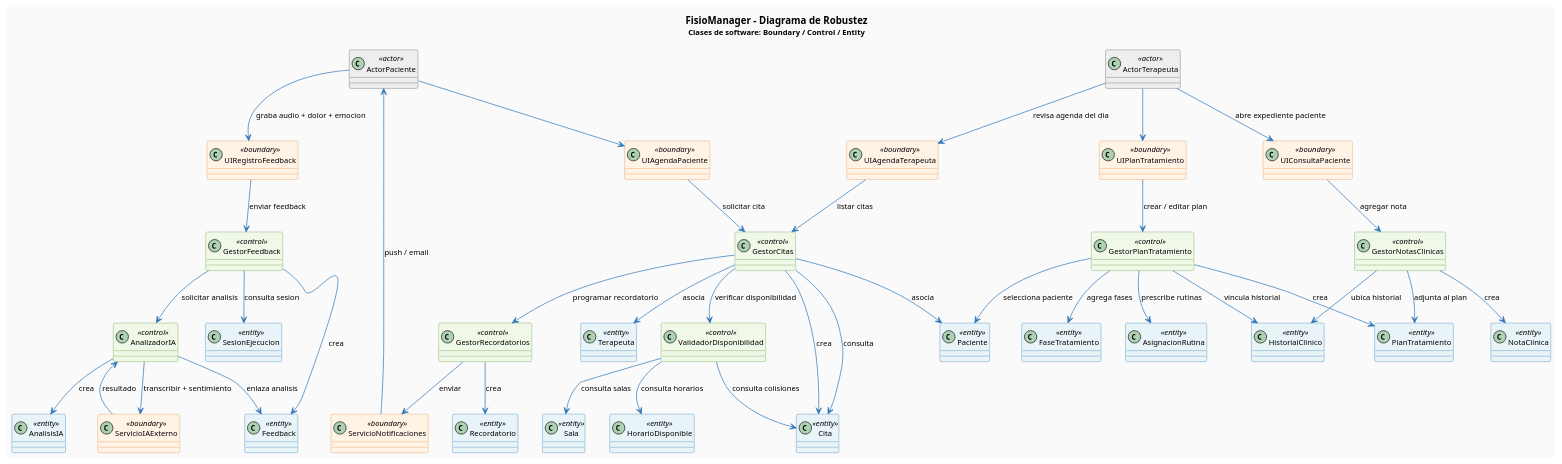
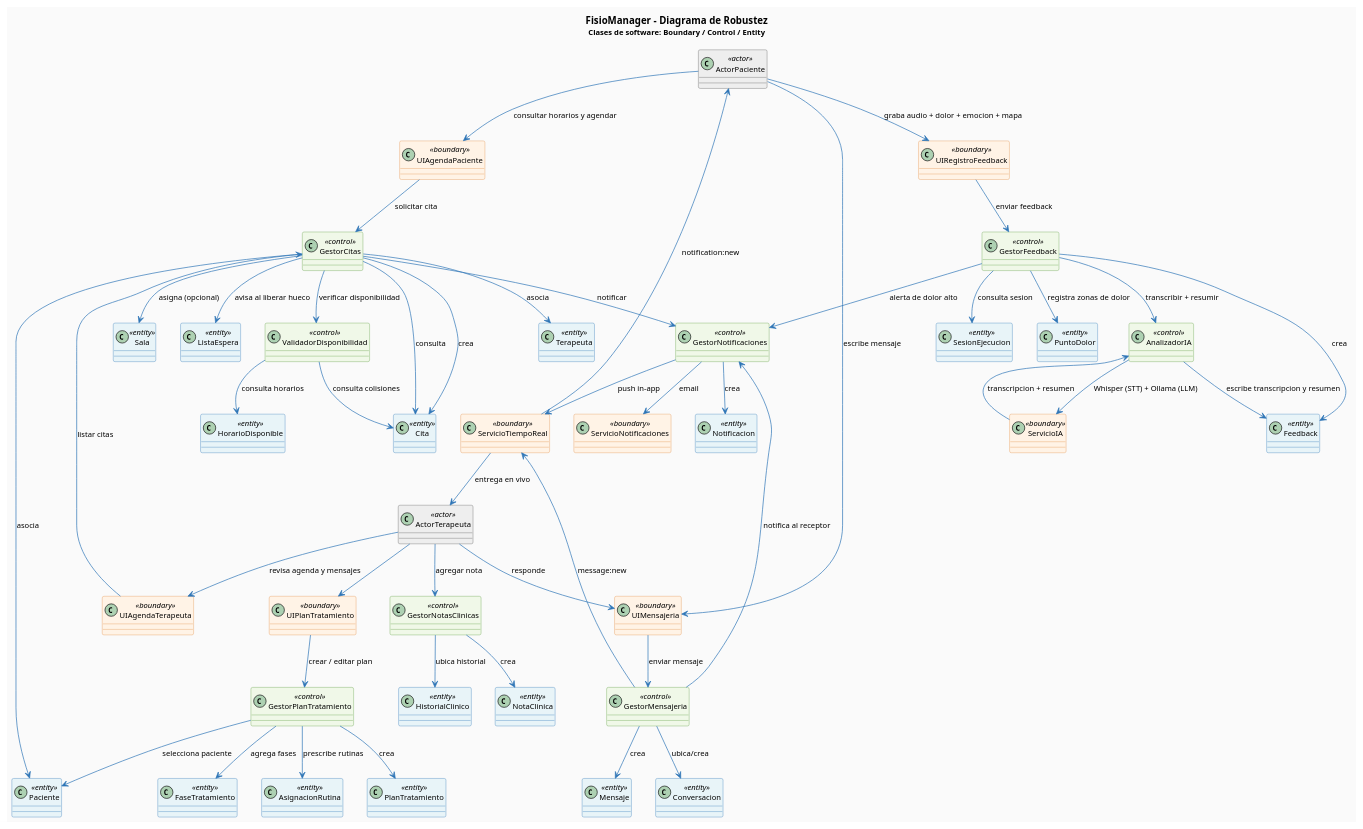
The diagram in proyFisioManager/ModAnalisis/puml/08_diagrama_robustez.puml (xiomj29/FisioManager-doc), drawn with PlantUML before and after one commit. The commit also changed 34 other files, not shown here.

```diff
--- a/proyFisioManager/ModAnalisis/puml/08_diagrama_robustez.puml
+++ b/proyFisioManager/ModAnalisis/puml/08_diagrama_robustez.puml
@@ -1,99 +1,112 @@
 @startuml FisioManager_DiagramaRobustez
 
 
 skinparam backgroundColor #FAFAFA
 skinparam ArrowColor #2E75B6
 skinparam DefaultFontName Arial
 skinparam DefaultFontSize 11
 skinparam shadowing false
 
 skinparam class {
     BackgroundColor<<actor>>     #EEEEEE
     BorderColor<<actor>>         #555555
     BackgroundColor<<boundary>>  #FFF3E6
     BorderColor<<boundary>>      #E08E45
     BackgroundColor<<control>>   #F0F8E8
     BorderColor<<control>>       #5B9D3E
     BackgroundColor<<entity>>    #E8F4F8
     BorderColor<<entity>>        #2E75B6
 }
 
 title <b>FisioManager - Diagrama de Robustez</b>\n<size:11>Clases de software: Boundary / Control / Entity</size>
 
 class ActorPaciente <<actor>>
 class ActorTerapeuta <<actor>>
 
 class UIAgendaPaciente <<boundary>>
 class UIAgendaTerapeuta <<boundary>>
 class UIRegistroFeedback <<boundary>>
-class UIConsultaPaciente <<boundary>>
+class UIMensajeria <<boundary>>
 class UIPlanTratamiento <<boundary>>
 class ServicioNotificaciones <<boundary>>
-class ServicioIAExterno <<boundary>>
+class ServicioTiempoReal <<boundary>>
+class ServicioIA <<boundary>>
 
 class GestorCitas <<control>>
-class GestorRecordatorios <<control>>
+class GestorNotificaciones <<control>>
 class GestorFeedback <<control>>
 class AnalizadorIA <<control>>
+class GestorMensajeria <<control>>
 class GestorPlanTratamiento <<control>>
 class GestorNotasClinicas <<control>>
 class ValidadorDisponibilidad <<control>>
 
 class Paciente <<entity>>
 class Terapeuta <<entity>>
 class Cita <<entity>>
 class Sala <<entity>>
 class HorarioDisponible <<entity>>
-class Recordatorio <<entity>>
+class ListaEspera <<entity>>
+class Notificacion <<entity>>
 class SesionEjecucion <<entity>>
 class Feedback <<entity>>
-class AnalisisIA <<entity>>
+class PuntoDolor <<entity>>
+class Conversacion <<entity>>
+class Mensaje <<entity>>
 class PlanTratamiento <<entity>>
 class FaseTratamiento <<entity>>
 class NotaClinica <<entity>>
 class HistorialClinico <<entity>>
 class AsignacionRutina <<entity>>
 
-ActorPaciente --> UIAgendaPaciente
+ActorPaciente --> UIAgendaPaciente : consultar horarios y agendar
 UIAgendaPaciente --> GestorCitas : solicitar cita
 GestorCitas --> ValidadorDisponibilidad : verificar disponibilidad
 ValidadorDisponibilidad --> HorarioDisponible : consulta horarios
-ValidadorDisponibilidad --> Sala : consulta salas
 ValidadorDisponibilidad --> Cita : consulta colisiones
 GestorCitas --> Cita : crea
 GestorCitas --> Paciente : asocia
 GestorCitas --> Terapeuta : asocia
-GestorCitas --> GestorRecordatorios : programar recordatorio
-GestorRecordatorios --> Recordatorio : crea
-GestorRecordatorios --> ServicioNotificaciones : enviar
-ServicioNotificaciones --> ActorPaciente : push / email
+GestorCitas --> Sala : asigna (opcional)
+GestorCitas --> ListaEspera : avisa al liberar hueco
+GestorCitas --> GestorNotificaciones : notificar
+GestorNotificaciones --> Notificacion : crea
+GestorNotificaciones --> ServicioNotificaciones : email
+GestorNotificaciones --> ServicioTiempoReal : push in-app
+ServicioTiempoReal --> ActorPaciente : notification:new
 
-ActorPaciente --> UIRegistroFeedback : graba audio + dolor + emocion
+ActorPaciente --> UIRegistroFeedback : graba audio + dolor + emocion + mapa
 UIRegistroFeedback --> GestorFeedback : enviar feedback
 GestorFeedback --> SesionEjecucion : consulta sesion
 GestorFeedback --> Feedback : crea
-GestorFeedback --> AnalizadorIA : solicitar analisis
-AnalizadorIA --> ServicioIAExterno : transcribir + sentimiento
-ServicioIAExterno --> AnalizadorIA : resultado
-AnalizadorIA --> AnalisisIA : crea
-AnalizadorIA --> Feedback : enlaza analisis
+GestorFeedback --> PuntoDolor : registra zonas de dolor
+GestorFeedback --> AnalizadorIA : transcribir + resumir
+AnalizadorIA --> ServicioIA : Whisper (STT) + Ollama (LLM)
+ServicioIA --> AnalizadorIA : transcripcion + resumen
+AnalizadorIA --> Feedback : escribe transcripcion y resumen
+GestorFeedback --> GestorNotificaciones : alerta de dolor alto
+
+ActorPaciente --> UIMensajeria : escribe mensaje
+UIMensajeria --> GestorMensajeria : enviar mensaje
+GestorMensajeria --> Conversacion : ubica/crea
+GestorMensajeria --> Mensaje : crea
+GestorMensajeria --> ServicioTiempoReal : message:new
+ServicioTiempoReal --> ActorTerapeuta : entrega en vivo
+GestorMensajeria --> GestorNotificaciones : notifica al receptor
 
 ActorTerapeuta --> UIPlanTratamiento
 UIPlanTratamiento --> GestorPlanTratamiento : crear / editar plan
 GestorPlanTratamiento --> Paciente : selecciona paciente
 GestorPlanTratamiento --> PlanTratamiento : crea
 GestorPlanTratamiento --> FaseTratamiento : agrega fases
 GestorPlanTratamiento --> AsignacionRutina : prescribe rutinas
-GestorPlanTratamiento --> HistorialClinico : vincula historial
 
-ActorTerapeuta --> UIConsultaPaciente : abre expediente paciente
-UIConsultaPaciente --> GestorNotasClinicas : agregar nota
+ActorTerapeuta --> UIAgendaTerapeuta : revisa agenda y mensajes
+UIAgendaTerapeuta --> GestorCitas : listar citas
+GestorCitas --> Cita : consulta
+ActorTerapeuta --> UIMensajeria : responde
+ActorTerapeuta --> GestorNotasClinicas : agregar nota
 GestorNotasClinicas --> HistorialClinico : ubica historial
 GestorNotasClinicas --> NotaClinica : crea
-GestorNotasClinicas --> PlanTratamiento : adjunta al plan
-
-ActorTerapeuta --> UIAgendaTerapeuta : revisa agenda del dia
-UIAgendaTerapeuta --> GestorCitas : listar citas
-GestorCitas --> Cita : consulta
 
 @enduml
```
